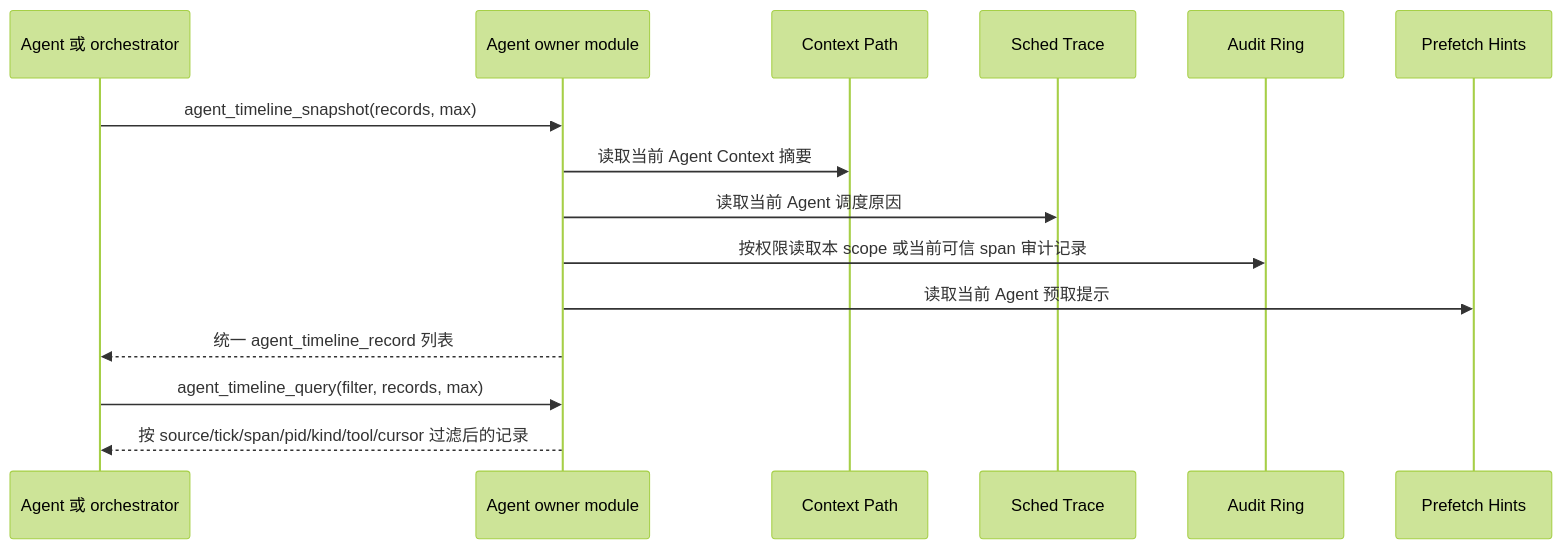
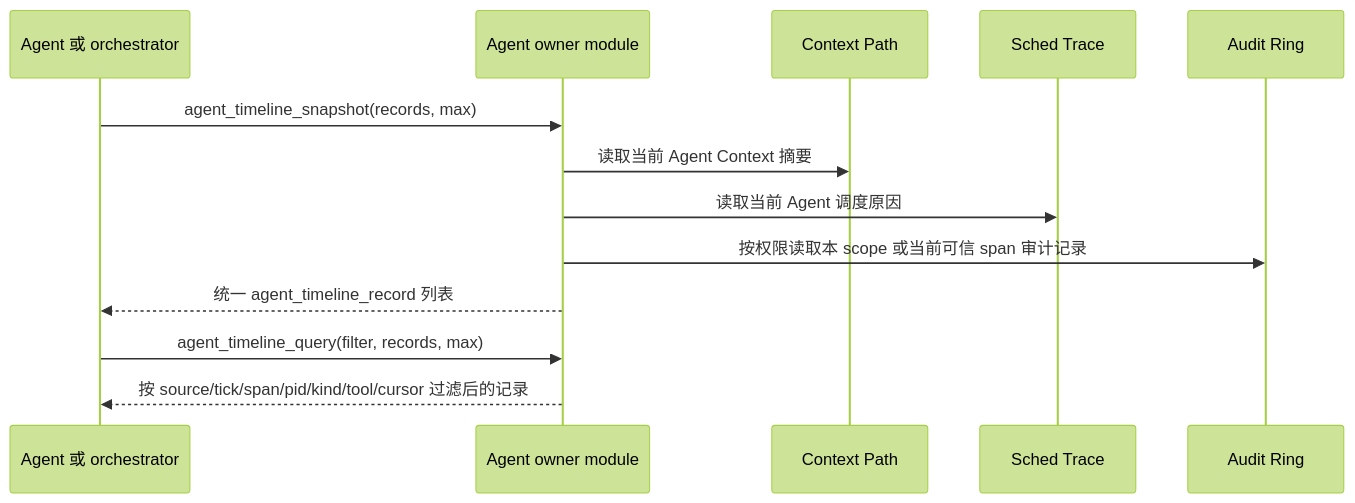
Before and after one commit to yushugulao/Agent-OS: the eighth of 11 diagrams in docs/agentos/design.md, drawn with Mermaid (forest theme). The commit also changed other lines of this file and 185 other files, not shown here.

````diff
--- a/docs/agentos/design.md
+++ b/docs/agentos/design.md
@@ -335,17 +335,15 @@
 ```mermaid
 sequenceDiagram
     participant U as Agent 或 orchestrator
     participant A as Agent owner module
     participant C as Context Path
     participant S as Sched Trace
     participant G as Audit Ring
-    participant P as Prefetch Hints
     U->>A: agent_timeline_snapshot(records, max)
     A->>C: 读取当前 Agent Context 摘要
     A->>S: 读取当前 Agent 调度原因
     A->>G: 按权限读取本 scope 或当前可信 span 审计记录
-    A->>P: 读取当前 Agent 预取提示
     A-->>U: 统一 agent_timeline_record 列表
     U->>A: agent_timeline_query(filter, records, max)
     A-->>U: 按 source/tick/span/pid/kind/tool/cursor 过滤后的记录
 ```
````
